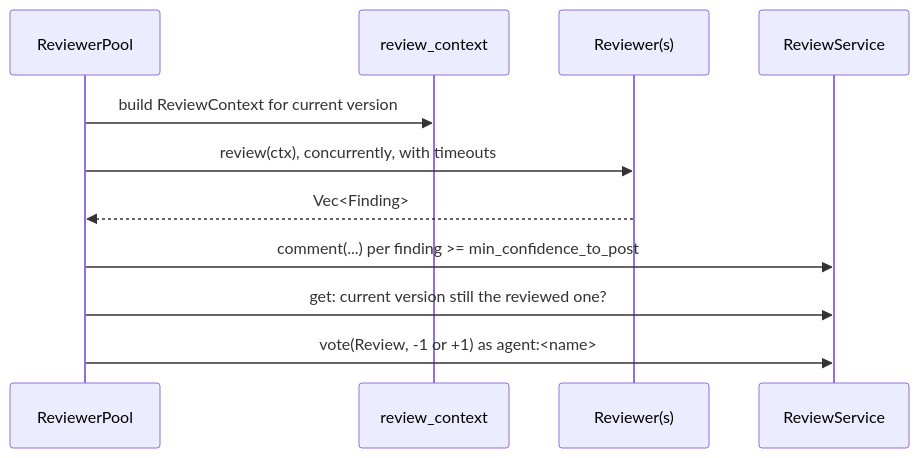
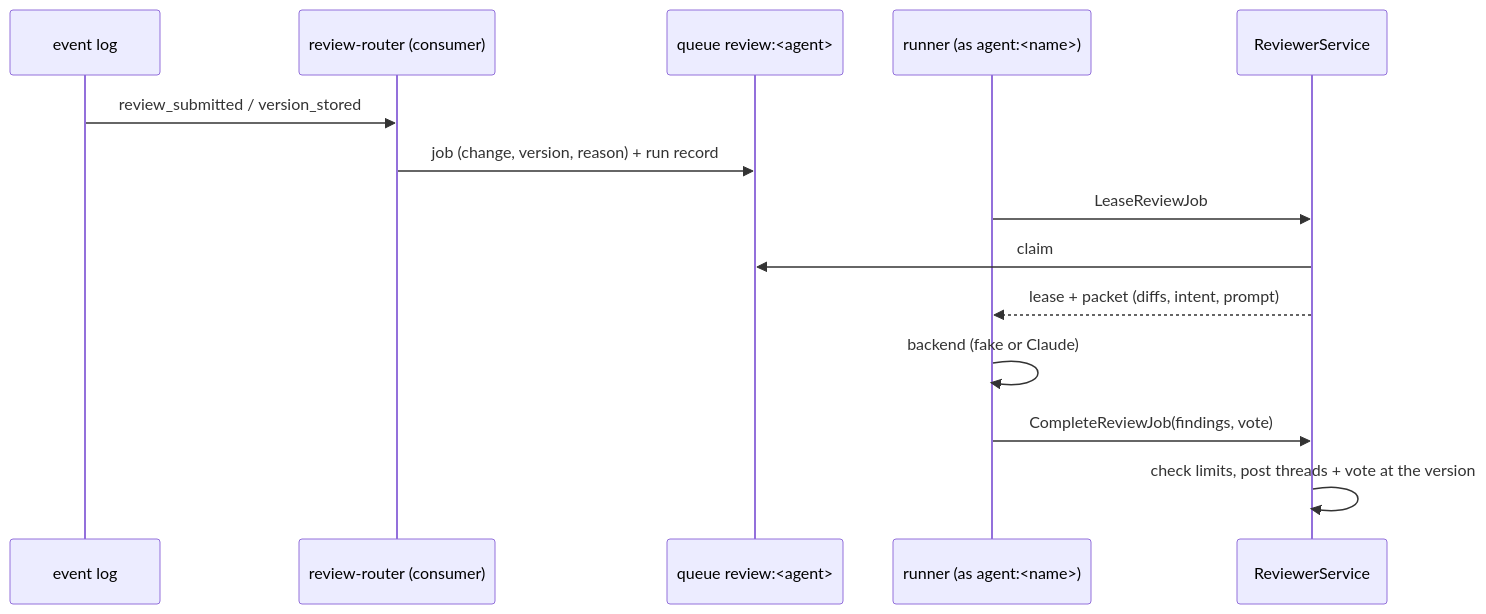
One commit to envoy1084/rill changed the diagram in architecture/04-workflow/review-agents.md. Above: the diagram before and after it, drawn with Mermaid. The commit also changed other lines of this file and 128 other files, not shown here.

First line of the commit message:
review: reviewer fleet, reference runner and calibration

````diff
--- a/architecture/04-workflow/review-agents.md
+++ b/architecture/04-workflow/review-agents.md
@@ -10,13 +10,16 @@
 ```mermaid
 sequenceDiagram
-    participant P as ReviewerPool
-    participant C as review_context
-    participant R as Reviewer(s)
-    participant S as ReviewService
-    P->>C: build ReviewContext for current version
-    P->>R: review(ctx), concurrently, with timeouts
-    R-->>P: Vec<Finding>
-    P->>S: comment(...) per finding >= min_confidence_to_post
-    P->>S: get: current version still the reviewed one?
-    P->>S: vote(Review, -1 or +1) as agent:<name>
+    participant L as event log
+    participant R as review-router (consumer)
+    participant Q as queue review:<agent>
+    participant N as runner (as agent:<name>)
+    participant S as ReviewerService
+    L->>R: review_submitted / version_stored
+    R->>Q: job (change, version, reason) + run record
+    N->>S: LeaseReviewJob
+    S->>Q: claim
+    S-->>N: lease + packet (diffs, intent, prompt)
+    N->>N: backend (fake or Claude)
+    N->>S: CompleteReviewJob(findings, vote)
+    S->>S: check limits, post threads + vote at the version
 ```
````
